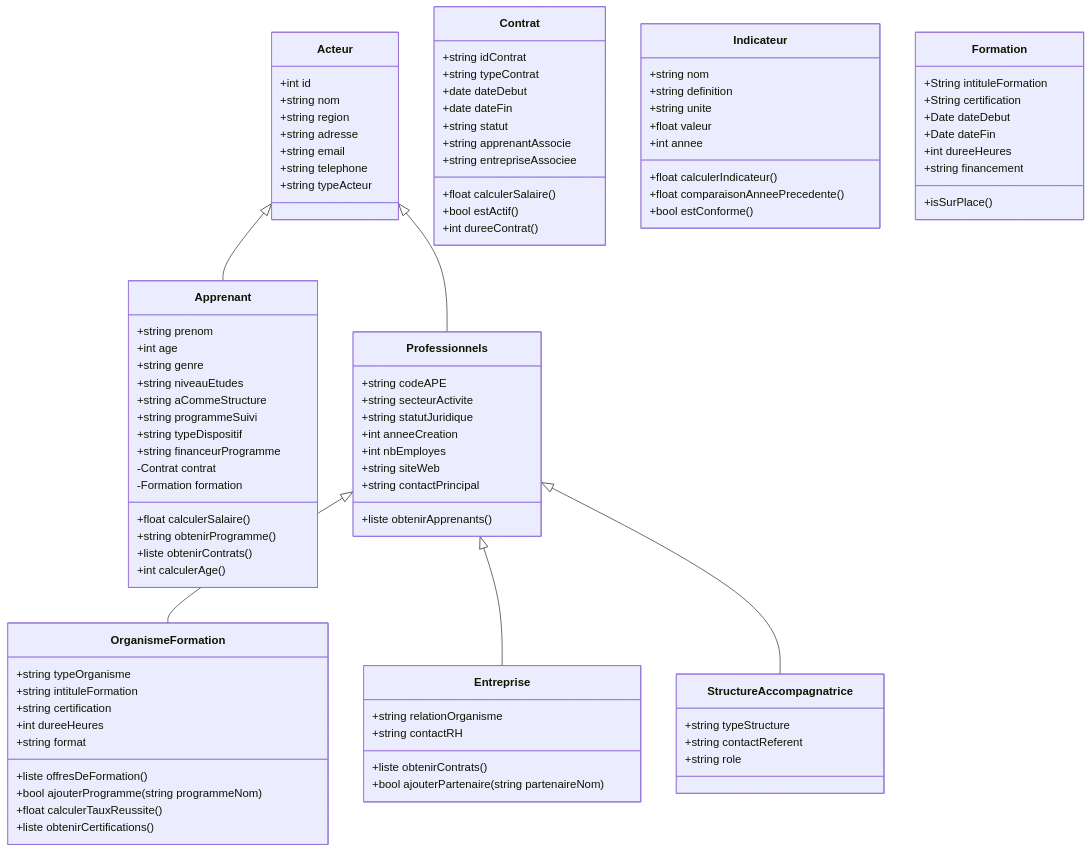
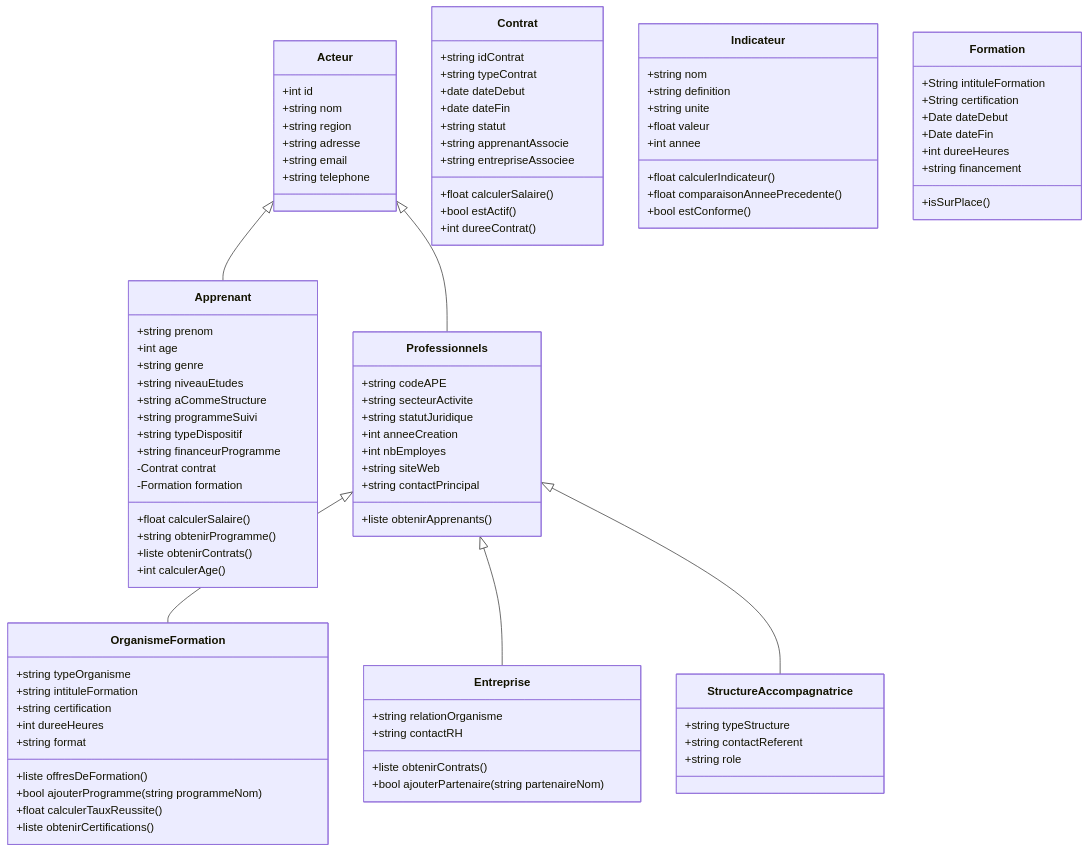
Before and after one commit to bouzidifatimazohra00-ux/inclusion-numerique-93: the diagram in acteurs.md, drawn with Mermaid.

Commit message:
Remove typeActeur field from acteurs.md

```diff
--- a/acteurs.md
+++ b/acteurs.md
@@ -15,7 +15,6 @@
   +string adresse
   +string email
   +string telephone
-  +string typeActeur
 }
 
 class Professionnels {
```
